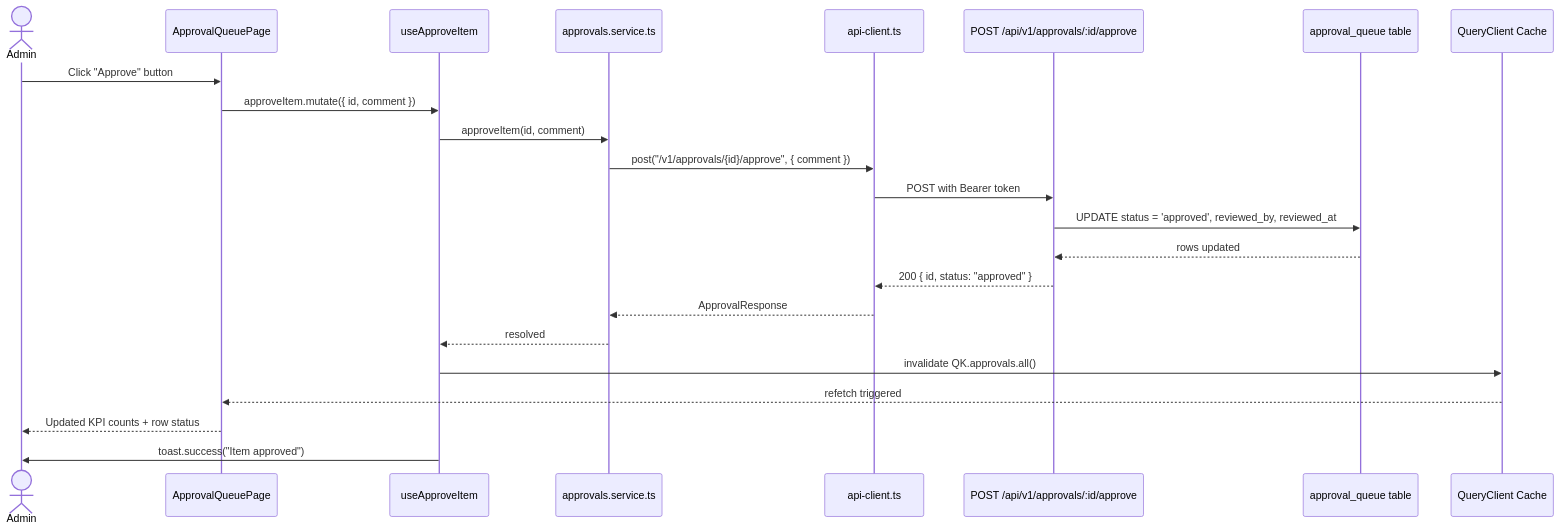
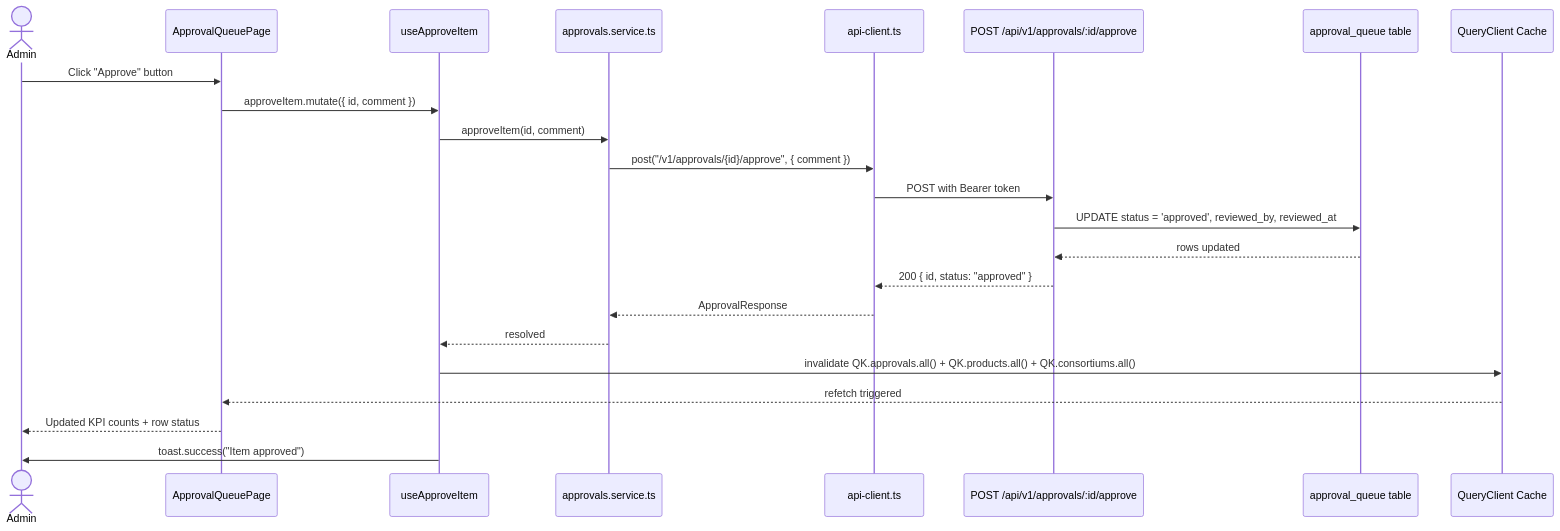
Before and after one commit to ashutoshbelulkar-coder/credit-harmony: the sixth of 6 diagrams in docs/technical/Data-Flow-Diagram.md, drawn with Mermaid. The commit also changed other lines of this file and 73 other files, not shown here.

````diff
--- a/docs/technical/Data-Flow-Diagram.md
+++ b/docs/technical/Data-Flow-Diagram.md
@@ -286,26 +288,26 @@
 ```mermaid
 sequenceDiagram
     actor Admin
     participant Page as ApprovalQueuePage
     participant Hook as useApproveItem
     participant Svc as approvals.service.ts
     participant Client as api-client.ts
     participant API as POST /api/v1/approvals/:id/approve
     participant DB as approval_queue table
     participant Cache as QueryClient Cache
 
     Admin->>Page: Click "Approve" button
     Page->>Hook: approveItem.mutate({ id, comment })
     Hook->>Svc: approveItem(id, comment)
     Svc->>Client: post("/v1/approvals/{id}/approve", { comment })
     Client->>API: POST with Bearer token
     API->>DB: UPDATE status = 'approved', reviewed_by, reviewed_at
     DB-->>API: rows updated
     API-->>Client: 200 { id, status: "approved" }
     Client-->>Svc: ApprovalResponse
     Svc-->>Hook: resolved
-    Hook->>Cache: invalidate QK.approvals.all()
+    Hook->>Cache: invalidate QK.approvals.all() + QK.products.all() + QK.consortiums.all()
     Cache-->>Page: refetch triggered
     Page-->>Admin: Updated KPI counts + row status
     Hook->>Admin: toast.success("Item approved")
 ```
````
